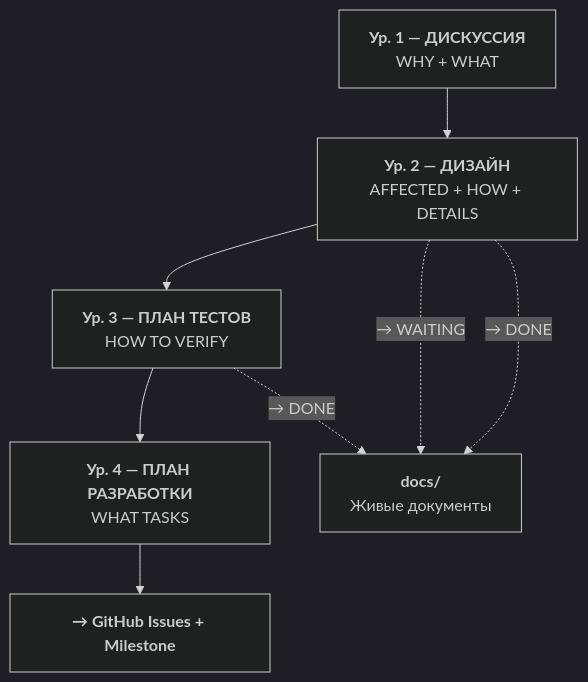
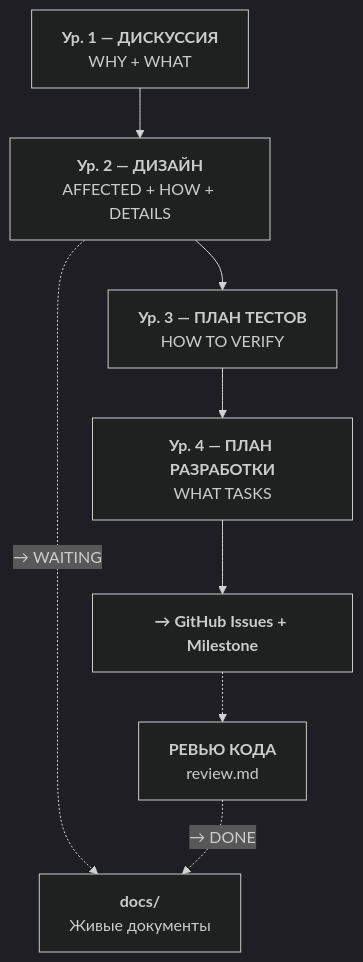
One commit to NSEvteev/FullSpec changed the first of 6 diagrams in specs/.instructions/analysis/standard-analysis.md. Above: the diagram before and after it, drawn with Mermaid (dark theme). The commit also changed other lines of this file and 66 other files, not shown here.

First line of the commit message:
chore: REVIEW статус, /dev скилл, миграции 7 стандартов, version drift fix

````diff
--- a/specs/.instructions/analysis/standard-analysis.md
+++ b/specs/.instructions/analysis/standard-analysis.md
@@ -114,15 +115,16 @@
 ```mermaid
 graph TD
     D["<b>Ур. 1 — ДИСКУССИЯ</b><br/>WHY + WHAT"]
     DE["<b>Ур. 2 — ДИЗАЙН</b><br/>AFFECTED + HOW + DETAILS"]
     T["<b>Ур. 3 — ПЛАН ТЕСТОВ</b><br/>HOW TO VERIFY"]
     P["<b>Ур. 4 — ПЛАН РАЗРАБОТКИ</b><br/>WHAT TASKS"]
+    REV["<b>РЕВЬЮ КОДА</b><br/>review.md"]
     DOCS["<b>docs/</b><br/>Живые документы"]
     DEV["<b>→ GitHub Issues + Milestone</b>"]
 
     D --> DE --> T --> P
     DE -. "→ WAITING" .-> DOCS
-    DE -. "→ DONE" .-> DOCS
-    T -. "→ DONE" .-> DOCS
     P --> DEV
+    DEV -.-> REV
+    REV -. "→ DONE" .-> DOCS
 ```
````
